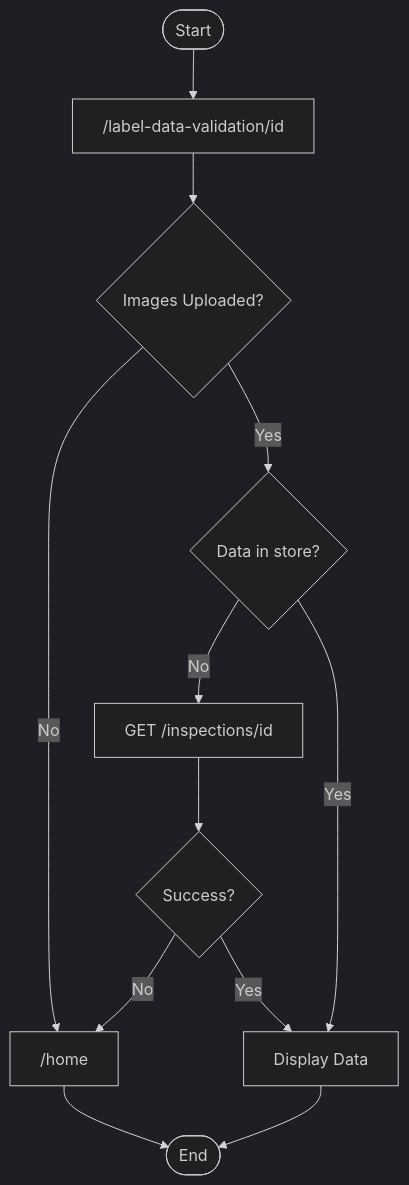
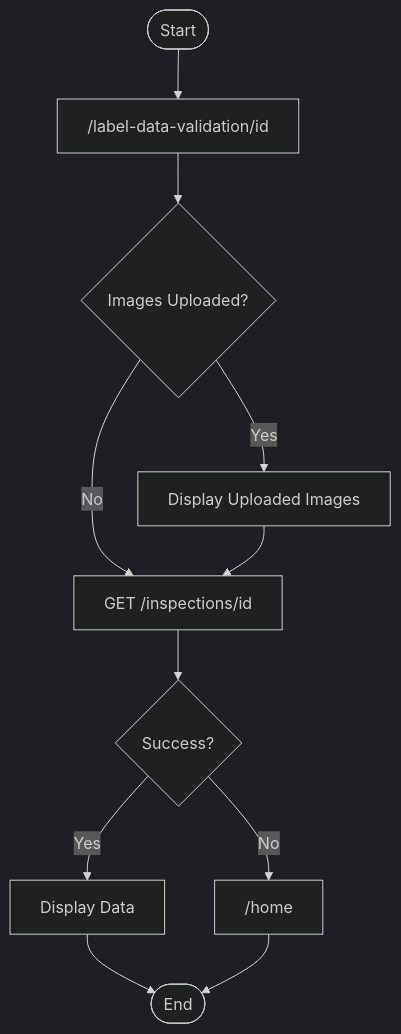
Before and after one commit to ai-cfia/fertiscan-frontend: the second of 2 diagrams in docs/label-data-validation/flowchart.md, drawn with Mermaid (dark theme). The commit also changed other lines of this file and 14 other files, not shown here.

````diff
--- a/docs/label-data-validation/flowchart.md
+++ b/docs/label-data-validation/flowchart.md
@@ -21,14 +21,13 @@
 ```mermaid
 flowchart TD
     Start([Start]) --> LabelDataValidationID["/label-data-validation/id"]
     LabelDataValidationID --> ImagesUploaded{Images Uploaded?}
-    ImagesUploaded -->|No| HomePage["/home"]
-    ImagesUploaded -->|Yes| DataInStore{Data in store?}
-    DataInStore -->|No| GetInspections[GET /inspections/id]
-    DataInStore -->|Yes| DisplayData["Display Data"]
+    ImagesUploaded -->|No| GetInspections[GET /inspections/id]
+    ImagesUploaded -->|Yes| DisplayUploadedImages["Display Uploaded Images"]
+    DisplayUploadedImages --> GetInspections
     GetInspections --> FetchSuccess{Success?}
-    FetchSuccess -->|No| HomePage
-    FetchSuccess -->|Yes| DisplayData
+    FetchSuccess -->|No| HomePage["/home"]
+    FetchSuccess -->|Yes| DisplayData["Display Data"]
     DisplayData --> End([End])
     HomePage --> End
 ```
````
